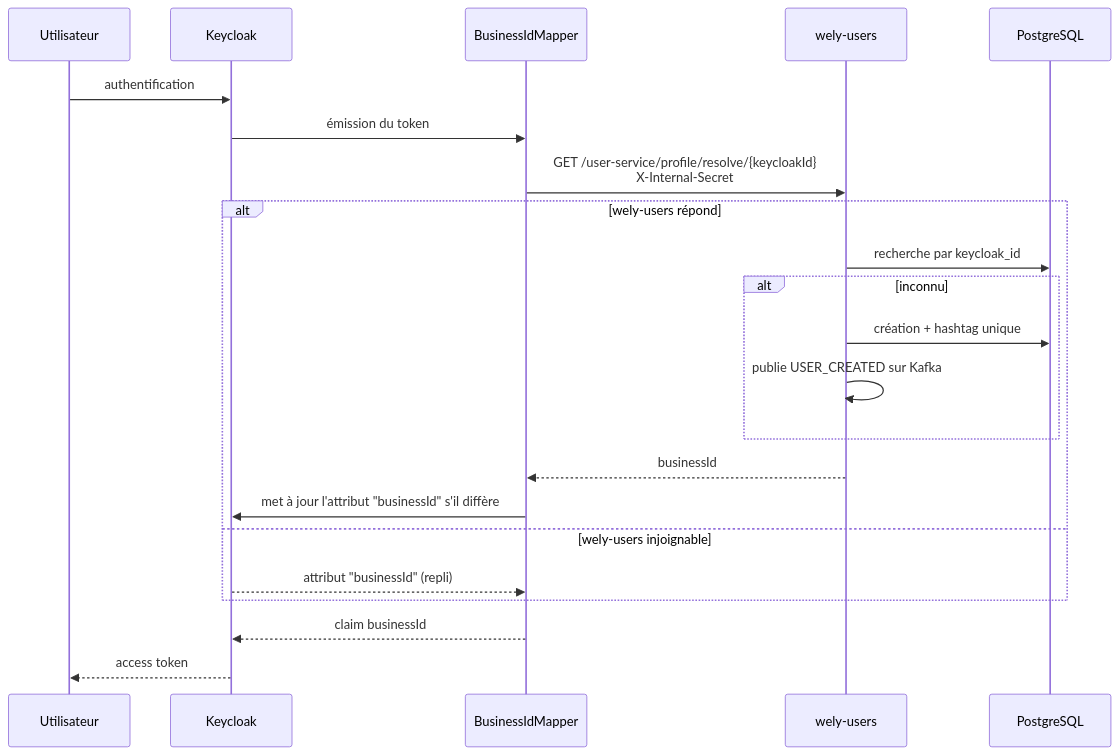
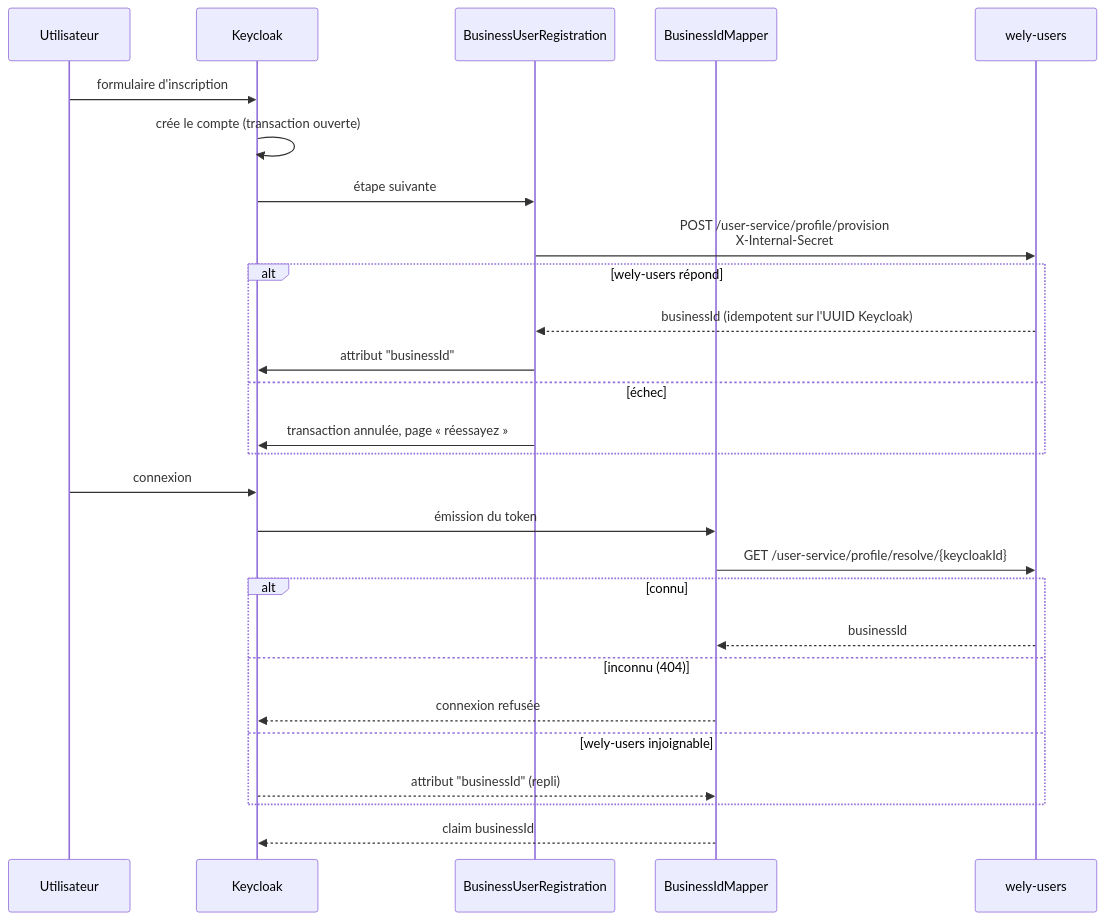
The diagram in README.md (WelyLabs/wely-identity), drawn with Mermaid before and after one commit. The commit also changed other lines of this file and 12 other files, not shown here.

First line of the commit message:
feat(identity): create the wely-users user at registration

````diff
--- a/README.md
+++ b/README.md
@@ -25,26 +28,31 @@
 ```mermaid
 sequenceDiagram
     participant U as Utilisateur
     participant KC as Keycloak
+    participant R as BusinessUserRegistration
     participant M as BusinessIdMapper
     participant API as wely-users
-    participant DB as PostgreSQL
 
-    U->>KC: authentification
+    U->>KC: formulaire d'inscription
+    KC->>KC: crée le compte (transaction ouverte)
+    KC->>R: étape suivante
+    R->>API: POST /user-service/profile/provision<br/>X-Internal-Secret
+    alt wely-users répond
+        API-->>R: businessId (idempotent sur l'UUID Keycloak)
+        R->>KC: attribut "businessId"
+    else échec
+        R->>KC: transaction annulée, page « réessayez »
+    end
+
+    U->>KC: connexion
     KC->>M: émission du token
-    M->>API: GET /user-service/profile/resolve/{keycloakId}<br/>X-Internal-Secret
-    alt wely-users répond
-        API->>DB: recherche par keycloak_id
-        alt inconnu
-            API->>DB: création + hashtag unique
-            API->>API: publie USER_CREATED sur Kafka
-        end
+    M->>API: GET /user-service/profile/resolve/{keycloakId}
+    alt connu
         API-->>M: businessId
-        M->>KC: met à jour l'attribut "businessId" s'il diffère
+    else inconnu (404)
+        M-->>KC: connexion refusée
     else wely-users injoignable
         KC-->>M: attribut "businessId" (repli)
     end
-
     M-->>KC: claim businessId
-    KC-->>U: access token
 ```
````
